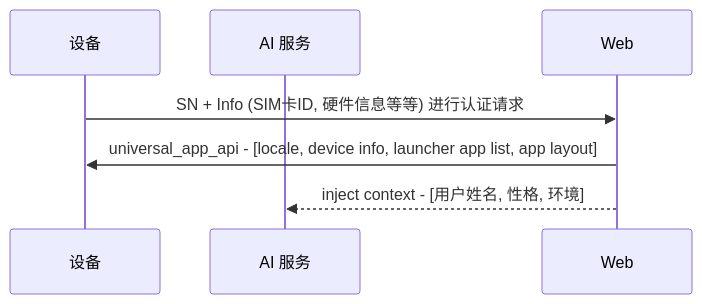
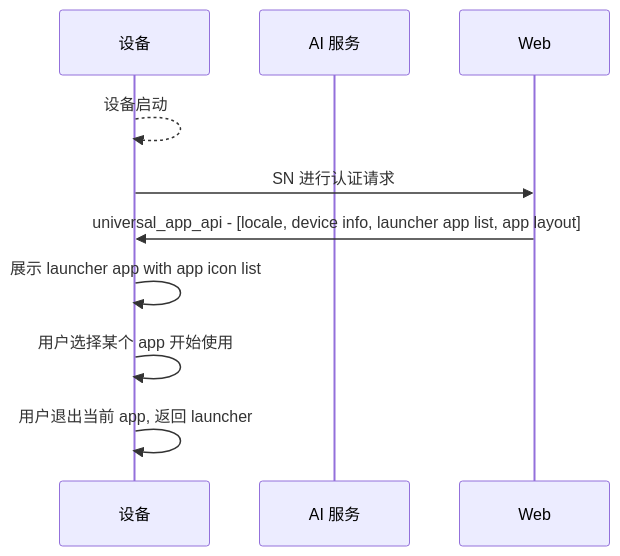
The first of 11 diagrams in projects/commercial/USER_STORY.md (shaojun/open_docs), drawn with Mermaid before and after one commit. The commit also changed other lines of this file and 2 other files, not shown here.

````diff
--- a/projects/commercial/USER_STORY.md
+++ b/projects/commercial/USER_STORY.md
@@ -4,8 +5,11 @@
 ```mermaid
 sequenceDiagram
     participant Device as 设备
     participant AIService as AI 服务
-    Device->>Web: SN + Info (SIM卡ID, 硬件信息等等) 进行认证请求
+    Device-->>Device: 设备启动
+    Device->>Web: SN 进行认证请求
     Web->>Device: universal_app_api - [locale, device info, launcher app list, app layout]
-    Web-->>AIService: inject context - [用户姓名, 性格, 环境]    
+    Device->>Device: 展示 launcher app with app icon list
+    Device->>Device: 用户选择某个 app 开始使用
+    Device->>Device: 用户退出当前 app, 返回 launcher
 ```
````
